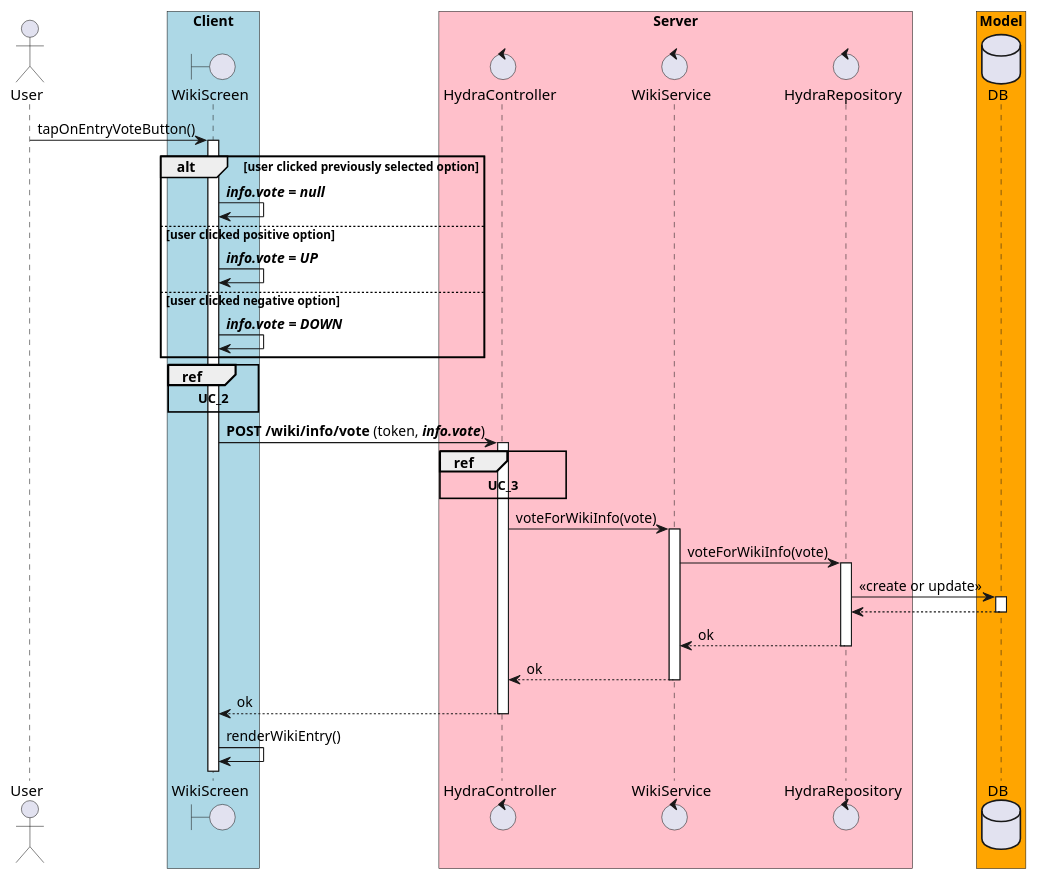
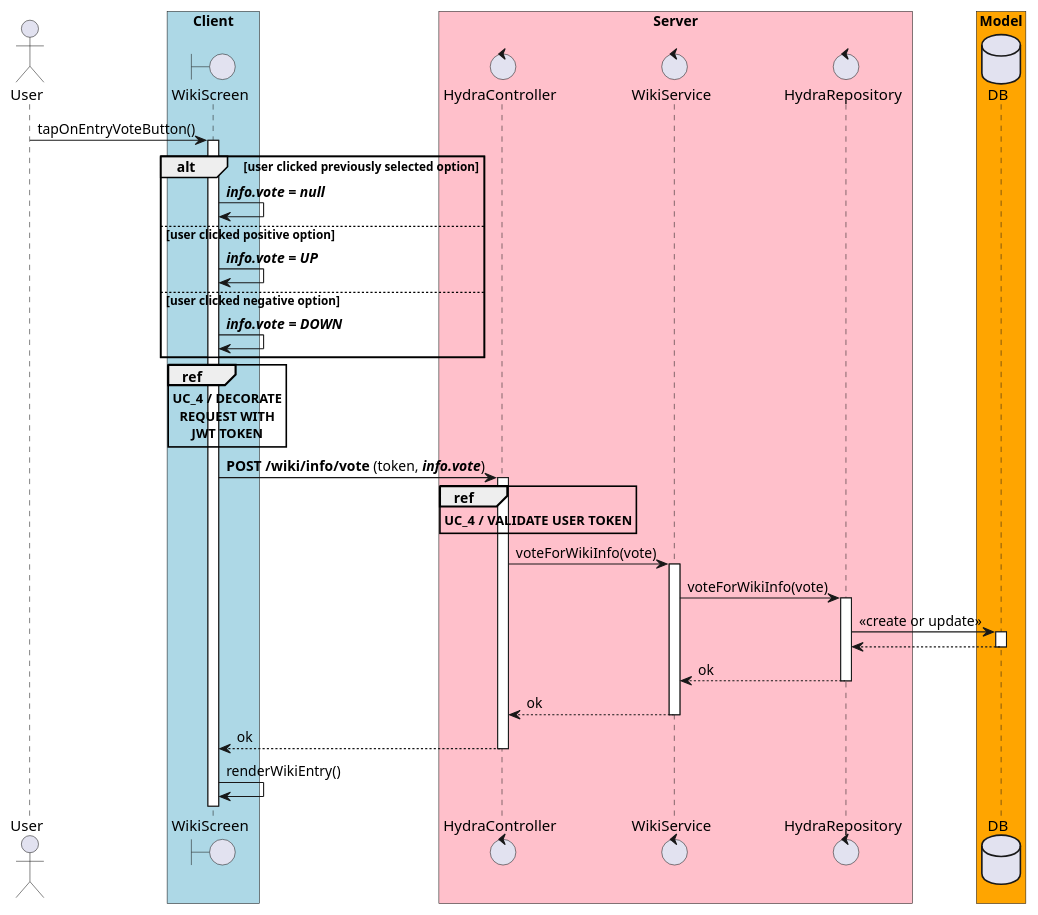
One commit to poznas/hydra-aimo changed the diagram in sequence_diagram_wiki_vote.puml. Above: the diagram before and after it, drawn with PlantUML. The commit also changed 16 other files, not shown here.

Commit message:
refactor UC_2, UC_3 to UC_4 nested sequence groups

```diff
--- a/sequence_diagram_wiki_vote.puml
+++ b/sequence_diagram_wiki_vote.puml
@@ -1,57 +1,57 @@
 @startuml
 actor User
 boundary WikiScreen
 control HydraController
 control WikiService
 control HydraRepository
 
 database DB
 
 box "Client" #LightBlue
    participant WikiScreen
 end box
 
 box "Server" #Pink
    control HydraController
     control WikiService
     control HydraRepository
 end box
 
 box "Model" #Orange
    participant DB
 end box
 
 User -> WikiScreen : tapOnEntryVoteButton()
 
 activate WikiScreen
 alt user clicked previously selected option
 WikiScreen -> WikiScreen : //**info.vote = null**//
 else user clicked positive option
 WikiScreen -> WikiScreen : //**info.vote = UP**//
 else user clicked negative option
 WikiScreen -> WikiScreen : //**info.vote = DOWN**//
 end
 
-ref over WikiScreen : **UC_2**
+ref over WikiScreen : **UC_4 / DECORATE**\n**REQUEST WITH**\n**JWT TOKEN**
 WikiScreen -> HydraController : **POST /wiki/info/vote** (token, //**info.vote**//)
-ref over HydraController : **UC_3**
+ref over HydraController : **UC_4 / VALIDATE USER TOKEN**
 
 activate HydraController
 HydraController -> WikiService : voteForWikiInfo(vote)
 activate WikiService
 WikiService -> HydraRepository : voteForWikiInfo(vote)
 activate HydraRepository
 HydraRepository -> DB : << create or update >>
 activate DB
 DB --> HydraRepository
 deactivate DB
 HydraRepository --> WikiService : ok
 deactivate HydraRepository
 WikiService --> HydraController : ok
 deactivate WikiService
 HydraController --> WikiScreen : ok
 deactivate HydraController
 WikiScreen -> WikiScreen : renderWikiEntry()
 
 
 @enduml
```
